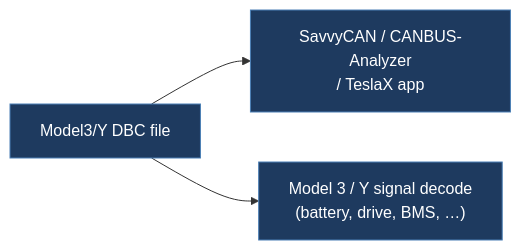
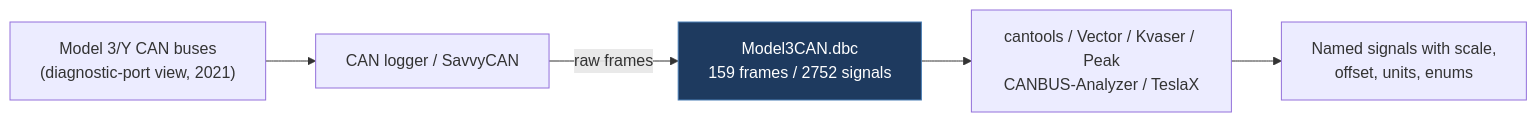
One commit to babico/TeslaCANModder changed the first of 2 diagrams in docs/legacy/joshwardell-model3dbc.md. Above: the diagram before and after it, drawn with Mermaid. The commit also changed other lines of this file and 99 other files, not shown here.

````diff
--- a/docs/legacy/joshwardell-model3dbc.md
+++ b/docs/legacy/joshwardell-model3dbc.md
@@ -26,7 +72,9 @@
 ```mermaid
 flowchart LR
-    DBC["Model3/Y DBC file"] --> Tools["SavvyCAN / CANBUS-Analyzer<br/>/ TeslaX app"]
-    DBC --> Decode["Model 3 / Y signal decode<br/>(battery, drive, BMS, …)"]
-    classDef path fill:#1e3a5f,stroke:#4a7fb5,color:#fff
-    class DBC,Tools,Decode path
+    Car["Model 3/Y CAN buses<br/>(diagnostic-port view, 2021)"] --> Log["CAN logger / SavvyCAN"]
+    Log -->|raw frames| DBC["Model3CAN.dbc<br/>159 frames / 2752 signals"]
+    DBC --> Tools["cantools / Vector / Kvaser / Peak<br/>CANBUS-Analyzer / TeslaX"]
+    Tools --> Decode["Named signals with scale,<br/>offset, units, enums"]
+    classDef data fill:#1e3a5f,stroke:#4a7fb5,color:#fff
+    class DBC data
 ```
````
